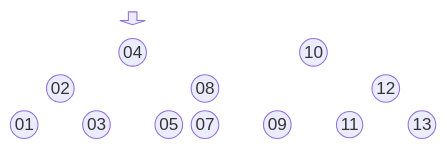
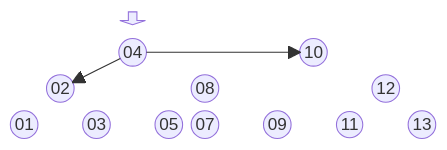
Before and after one commit to BenhurUFSM/l226b: the fourth of 4 diagrams in Assuntos/arvore-aa.md, drawn with Mermaid.

````diff
--- a/Assuntos/arvore-aa.md
+++ b/Assuntos/arvore-aa.md
@@ -153,19 +153,19 @@
 ```mermaid
 block
 columns 12
 space:3 f<[" "]>(down) space:8
 space:3 r(("04")) space:4 d(("10")) space:3
 space e(("02")) space:3 de(("08")) space:4 dd(("12")) space
 ee(("01")) space ed(("03")) space dee(("05")) deed(("07")) space ded(("09")) space dde(("11")) space ddd(("13"))
-%%r-->e
-%%r-->d
+r-->e
+r-->d
 %%e-->ee
 %%e-->ed
 %%d-->de
 %%d-->dd
 %%de-->dee
 %%de-->ded
 %%dee->deed
 %%dd->dde
 %%dd->ddd
 ```
````
